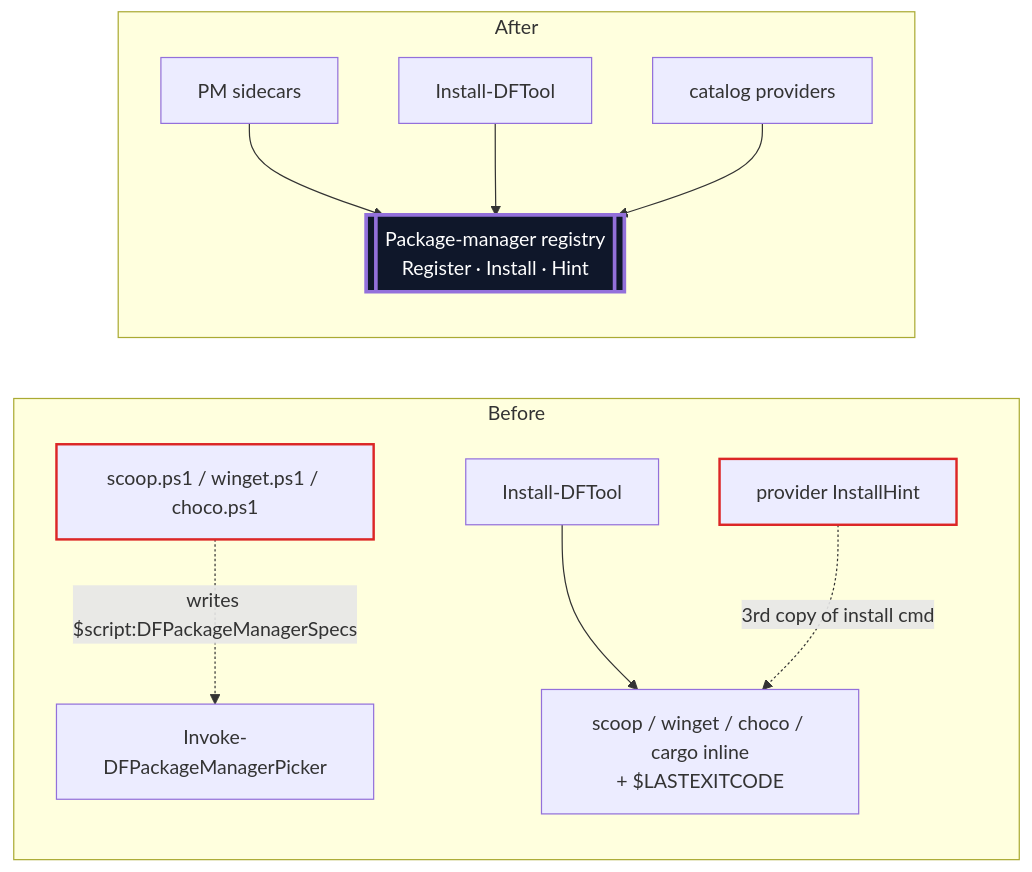
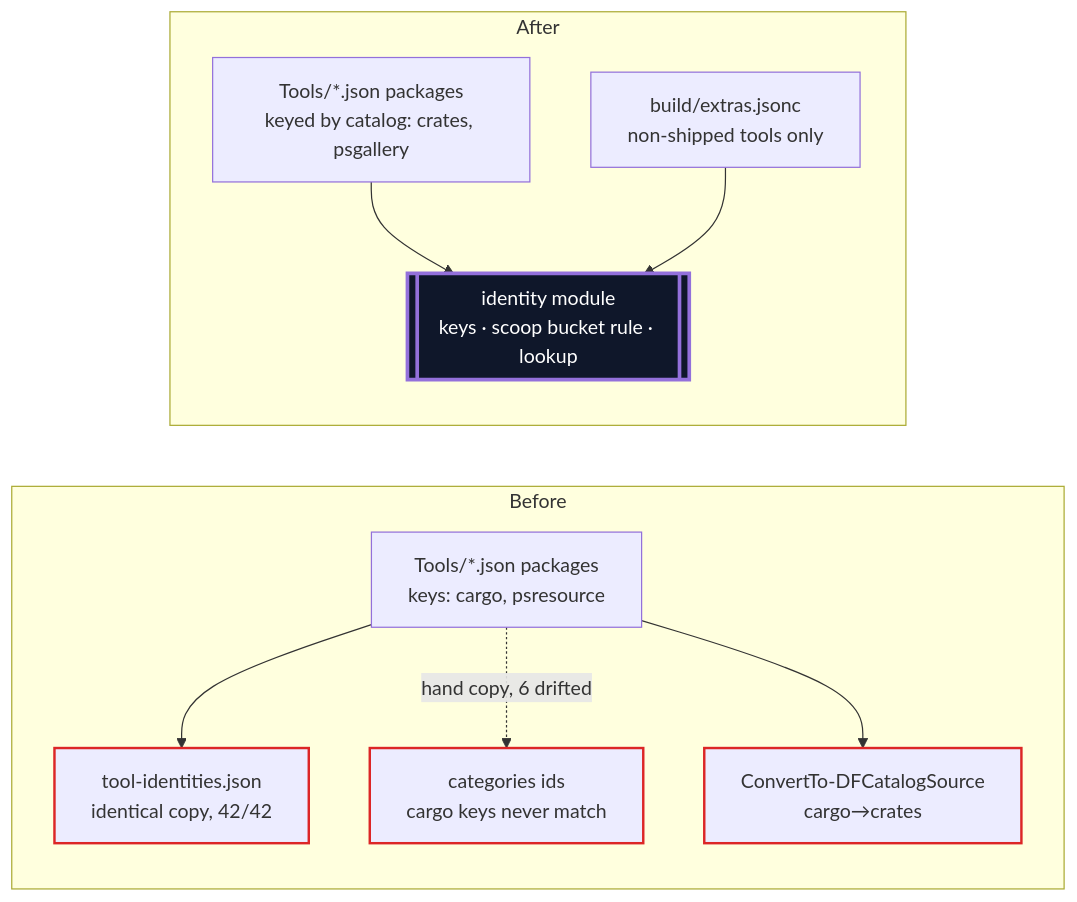
The sixth of 6 diagrams in arch-imp-audit-(claude).md (simsrw73/DotForge), drawn with Mermaid before and after one commit. The commit also changed other lines of this file and 2 other files, not shown here.

First line of the commit message:
docs: architecture review 2026-10-09 and opt-in tool selection spec

````diff
--- a/arch-imp-audit-(claude).md
+++ b/arch-imp-audit-(claude).md
@@ -301,17 +232,16 @@
 ```mermaid
 flowchart LR
   subgraph Before
-    SC[scoop.ps1 / winget.ps1 / choco.ps1] -.writes $script:DFPackageManagerSpecs.-> PM[Invoke-DFPackageManagerPicker]
-    IN[Install-DFTool] --> X["scoop / winget / choco / cargo inline<br/>+ $LASTEXITCODE"]
-    H[provider InstallHint] -.3rd copy of install cmd.-> X
-    classDef leak stroke:#dc2626,stroke-width:2px;
-    class SC,H leak
+    T[Tools/*.json packages<br/>keys: cargo, psresource] --> G[tool-identities.json<br/>identical copy, 42/42]
+    T -.hand copy, 6 drifted.-> CC[categories ids<br/>cargo keys never match]
+    T --> TR[ConvertTo-DFCatalogSource<br/>cargo→crates]
+    classDef leak stroke:#dc2626,stroke-width:2px
+    class G,CC,TR leak
   end
   subgraph After
-    SC2[PM sidecars] --> REG[[Package-manager registry<br/>Register · Install · Hint]]
-    IN2[Install-DFTool] --> REG
-    CAT[catalog providers] --> REG
-    classDef deep fill:#0f172a,color:#fff,stroke-width:3px;
-    class REG deep
+    T2[Tools/*.json packages<br/>keyed by catalog: crates, psgallery] --> ID[[identity module<br/>keys · scoop bucket rule · lookup]]
+    EX[build/extras.jsonc<br/>non-shipped tools only] --> ID
+    classDef deep fill:#0f172a,color:#fff,stroke-width:3px
+    class ID deep
   end
 ```
````
